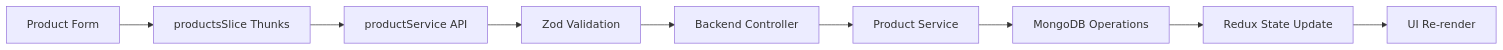
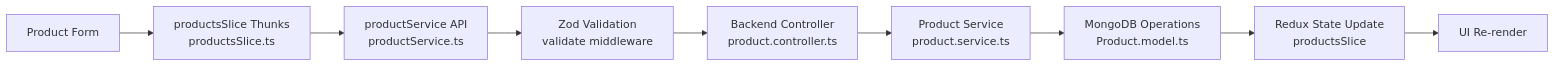
The third of 3 diagrams in README.md (MONA100421/ShopFlow), drawn with Mermaid before and after one commit. The commit also changed other lines of this file, not shown here.

````diff
--- a/README.md
+++ b/README.md
@@ -67,11 +67,11 @@
 ```mermaid
 graph LR
-    A[Product Form] --> B[productsSlice Thunks]
-    B --> C[productService API]
-    C --> D[Zod Validation]
-    D --> E[Backend Controller]
-    E --> F[Product Service]
-    F --> G[MongoDB Operations]
-    G --> H[Redux State Update]
+    A[Product Form] --> B[productsSlice Thunks<br/>productsSlice.ts]
+    B --> C[productService API<br/>productService.ts]
+    C --> D[Zod Validation<br/>validate middleware]
+    D --> E[Backend Controller<br/>product.controller.ts]
+    E --> F[Product Service<br/>product.service.ts]
+    F --> G[MongoDB Operations<br/>Product.model.ts]
+    G --> H[Redux State Update<br/>productsSlice]
     H --> I[UI Re-render]
 ```
````
